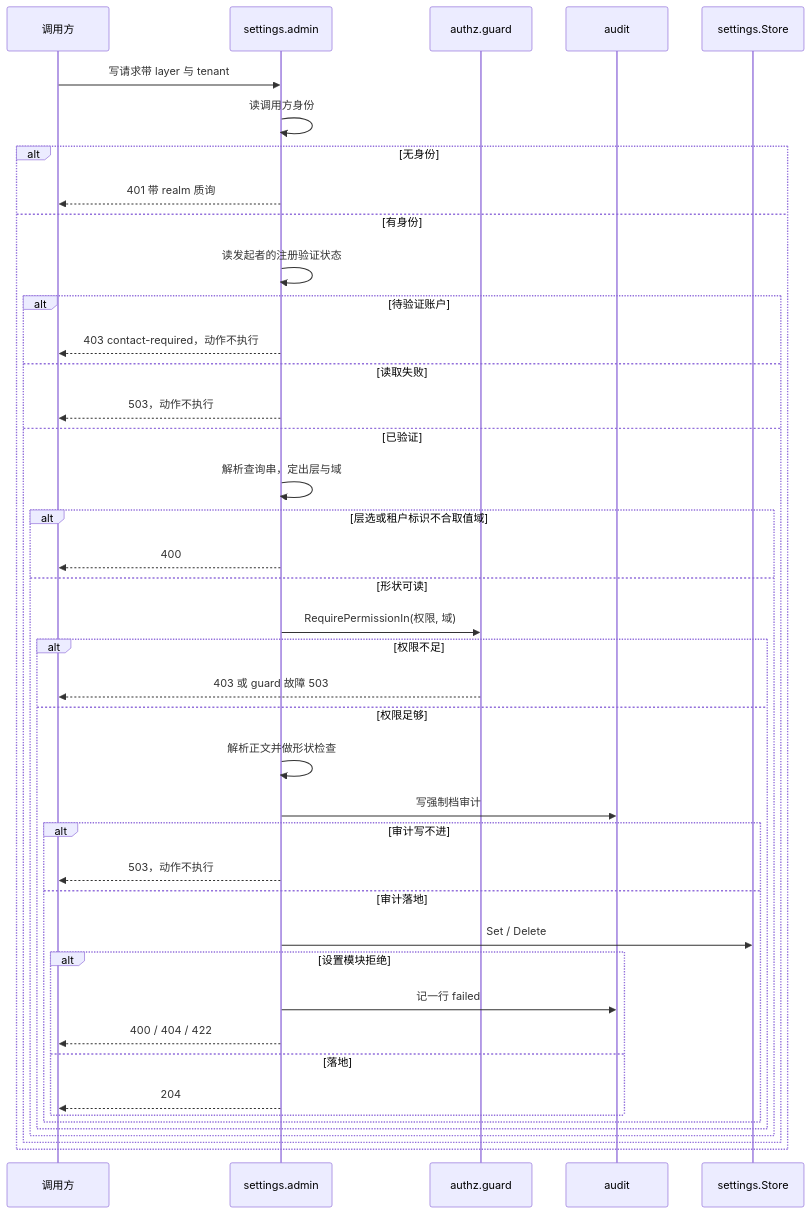
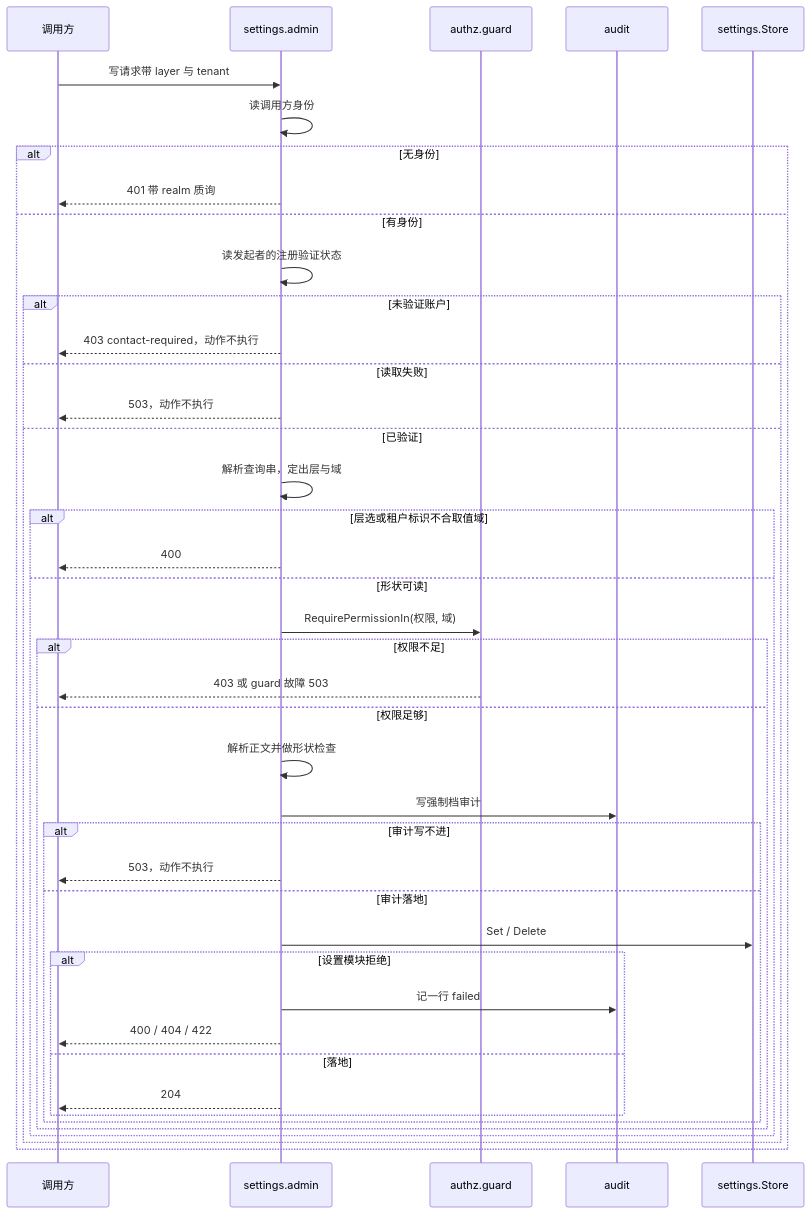
One commit to wangzw/speed changed the diagram in docs/design/modules/settings/design-settings-admin.md. Above: the diagram before and after it, drawn with Mermaid. The commit also changed other lines of this file and 93 other files, not shown here.

````diff
--- a/docs/design/modules/settings/design-settings-admin.md
+++ b/docs/design/modules/settings/design-settings-admin.md
@@ -118,44 +118,44 @@
 ```mermaid
 sequenceDiagram
     participant C as 调用方
     participant H as settings.admin
     participant G as authz.guard
     participant A as audit
     participant S as settings.Store
     C->>H: 写请求带 layer 与 tenant
     H->>H: 读调用方身份
     alt 无身份
         H-->>C: 401 带 realm 质询
     else 有身份
         H->>H: 读发起者的注册验证状态
-        alt 待验证账户
+        alt 未验证账户
             H-->>C: 403 contact-required，动作不执行
         else 读取失败
             H-->>C: 503，动作不执行
         else 已验证
             H->>H: 解析查询串，定出层与域
             alt 层选或租户标识不合取值域
                 H-->>C: 400
             else 形状可读
                 H->>G: RequirePermissionIn(权限, 域)
                 alt 权限不足
                     G-->>C: 403 或 guard 故障 503
                 else 权限足够
                     H->>H: 解析正文并做形状检查
                     H->>A: 写强制档审计
                     alt 审计写不进
                         H-->>C: 503，动作不执行
                     else 审计落地
                         H->>S: Set / Delete
                         alt 设置模块拒绝
                             H->>A: 记一行 failed
                             H-->>C: 400 / 404 / 422
                         else 落地
                             H-->>C: 204
                         end
                     end
                 end
             end
         end
     end
 ```
````
